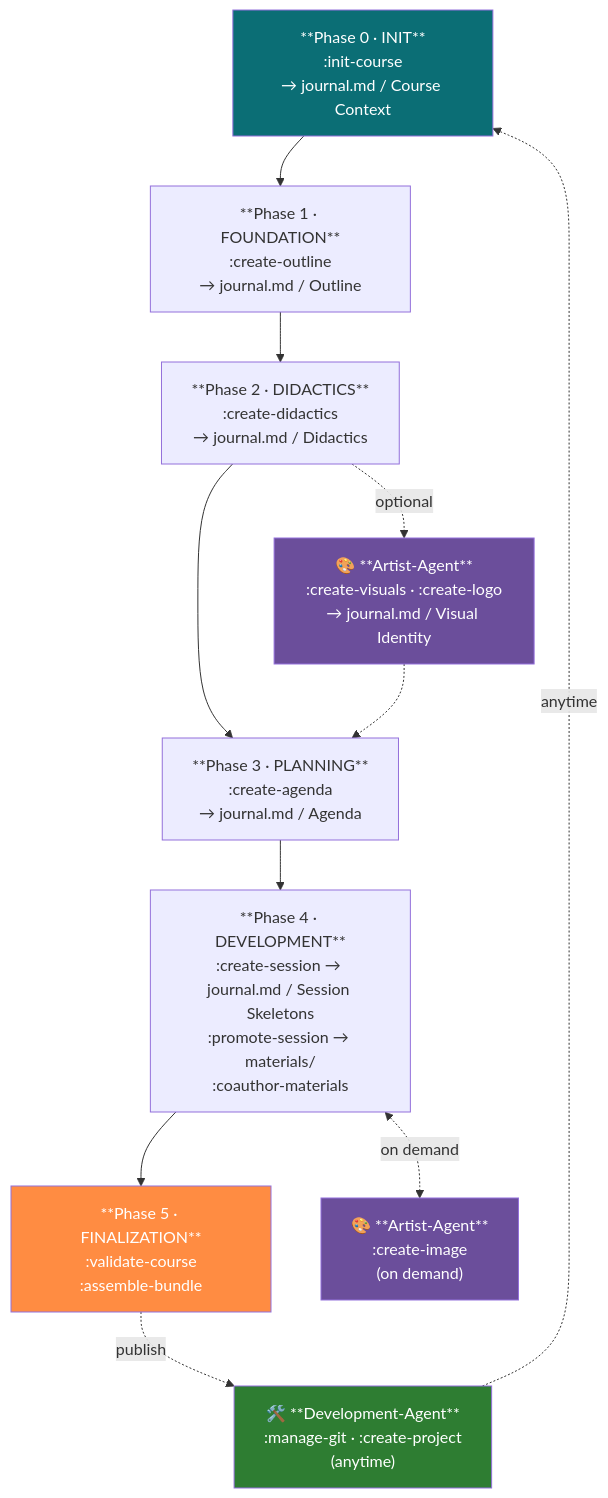
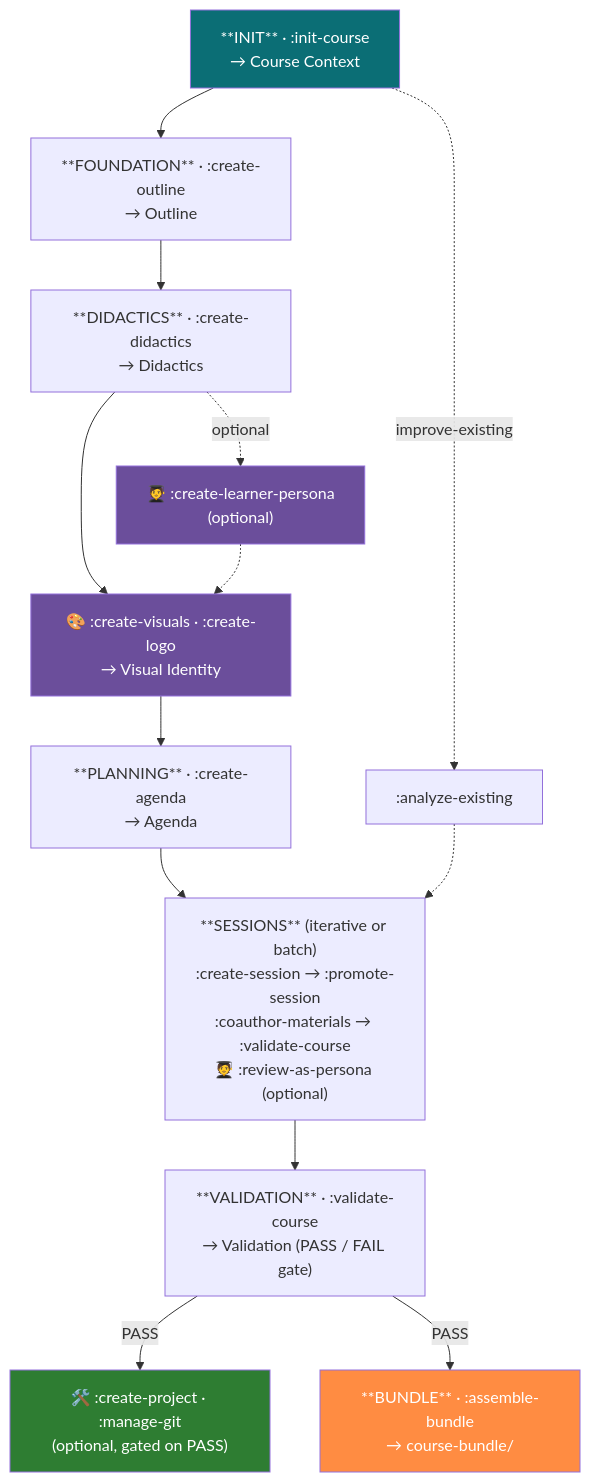
The diagram in README.md (LiaScript/teaching-agent), drawn with Mermaid before and after one commit. The commit also changed other lines of this file, not shown here.

````diff
--- a/README.md
+++ b/README.md
@@ -75,25 +83,25 @@
 ```mermaid
 flowchart TD
-    INIT["**Phase 0 · INIT**<br/>:init-course<br/>→ journal.md / Course Context"]
-    OUTLINE["**Phase 1 · FOUNDATION**<br/>:create-outline<br/>→ journal.md / Outline"]
-    DIDACTICS["**Phase 2 · DIDACTICS**<br/>:create-didactics<br/>→ journal.md / Didactics"]
-    AGENDA["**Phase 3 · PLANNING**<br/>:create-agenda<br/>→ journal.md / Agenda"]
-    DEV["**Phase 4 · DEVELOPMENT**<br/>:create-session → journal.md / Session Skeletons<br/>:promote-session → materials/<br/>:coauthor-materials"]
-    FINAL["**Phase 5 · FINALIZATION**<br/>:validate-course<br/>:assemble-bundle"]
+    INIT["**INIT** · :init-course<br/>→ Course Context"]
+    OUTLINE["**FOUNDATION** · :create-outline<br/>→ Outline"]
+    DID["**DIDACTICS** · :create-didactics<br/>→ Didactics"]
+    PERSONA["🧑‍🎓 :create-learner-persona<br/>(optional)"]
+    VIS["🎨 :create-visuals · :create-logo<br/>→ Visual Identity"]
+    AGENDA["**PLANNING** · :create-agenda<br/>→ Agenda"]
+    DEV["**SESSIONS** (iterative or batch)<br/>:create-session → :promote-session<br/>:coauthor-materials → :validate-course<br/>🧑‍🎓 :review-as-persona (optional)"]
+    VAL["**VALIDATION** · :validate-course<br/>→ Validation (PASS / FAIL gate)"]
+    PUB["🛠️ :create-project · :manage-git<br/>(optional, gated on PASS)"]
+    BUNDLE["**BUNDLE** · :assemble-bundle<br/>→ course-bundle/"]
 
-    ART1["🎨 **Artist-Agent**<br/>:create-visuals · :create-logo<br/>→ journal.md / Visual Identity"]
-    ART2["🎨 **Artist-Agent**<br/>:create-image<br/>(on demand)"]
-    DEVAGT["🛠️ **Development-Agent**<br/>:manage-git · :create-project<br/>(anytime)"]
-
-    INIT --> OUTLINE --> DIDACTICS --> AGENDA --> DEV --> FINAL
-    DIDACTICS -.->|optional| ART1 -.-> AGENDA
-    DEV <-.->|on demand| ART2
-    FINAL -.->|publish| DEVAGT
-    DEVAGT -.->|anytime| INIT
+    INIT --> OUTLINE --> DID --> VIS --> AGENDA --> DEV --> VAL
+    DID -.->|optional| PERSONA -.-> VIS
+    VAL -->|PASS| PUB
+    VAL -->|PASS| BUNDLE
+    INIT -.->|improve-existing| ANALYZE[":analyze-existing"] -.-> DEV
 
     style INIT fill:#0B6E75,color:#fff
-    style FINAL fill:#FF8C42,color:#fff
-    style ART1 fill:#6B4E9B,color:#fff
-    style ART2 fill:#6B4E9B,color:#fff
-    style DEVAGT fill:#2E7D32,color:#fff
+    style BUNDLE fill:#FF8C42,color:#fff
+    style VIS fill:#6B4E9B,color:#fff
+    style PERSONA fill:#6B4E9B,color:#fff
+    style PUB fill:#2E7D32,color:#fff
 ```
````
